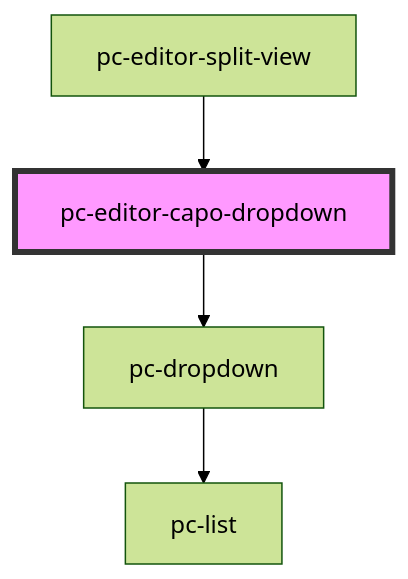
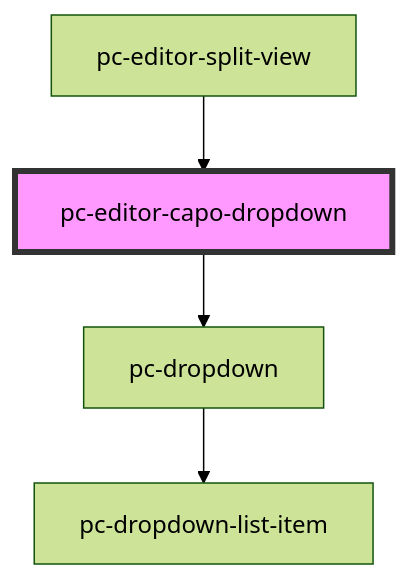
One commit to bettermusic/studio changed the diagram in packages/studio-components/src/components/editor-capo-dropdown/readme.md. Above: the diagram before and after it, drawn with Mermaid (forest theme). The commit also changed 8 other files, not shown here.

````diff
--- a/packages/studio-components/src/components/editor-capo-dropdown/readme.md
+++ b/packages/studio-components/src/components/editor-capo-dropdown/readme.md
@@ -19,7 +19,7 @@
 ```mermaid
 graph TD;
   pc-editor-capo-dropdown --> pc-dropdown
-  pc-dropdown --> pc-list
+  pc-dropdown --> pc-dropdown-list-item
   pc-editor-split-view --> pc-editor-capo-dropdown
   style pc-editor-capo-dropdown fill:#f9f,stroke:#333,stroke-width:4px
 ```
````
